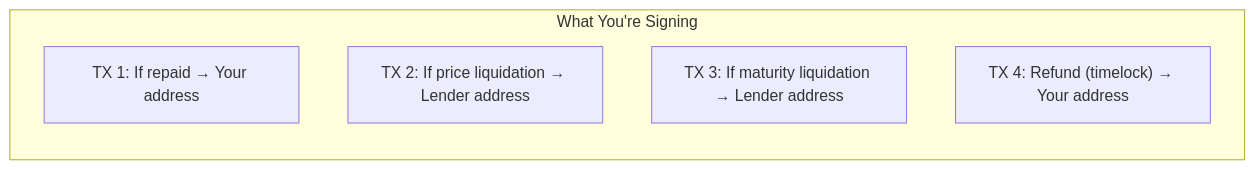
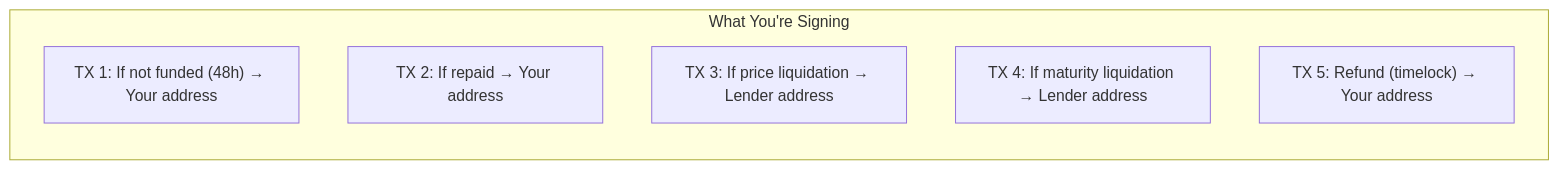
Before and after one commit to matthewjablack/mblack.io: the fourth of 7 diagrams in _posts/2025-02-10-lygos-finance-dlc-lending-simplified-enumerated-outcomes.md, drawn with Mermaid. The commit also changed other lines of this file, not shown here.

````diff
--- a/_posts/2025-02-10-lygos-finance-dlc-lending-simplified-enumerated-outcomes.md
+++ b/_posts/2025-02-10-lygos-finance-dlc-lending-simplified-enumerated-outcomes.md
@@ -116,9 +123,10 @@
 ```mermaid
 flowchart LR
     subgraph Verification["What You're Signing"]
-        TX1["TX 1: If repaid → Your address"]
-        TX2["TX 2: If price liquidation → Lender address"]
-        TX3["TX 3: If maturity liquidation → Lender address"]
-        TX4["TX 4: Refund (timelock) → Your address"]
+        TX1["TX 1: If not funded (48h) → Your address"]
+        TX2["TX 2: If repaid → Your address"]
+        TX3["TX 3: If price liquidation → Lender address"]
+        TX4["TX 4: If maturity liquidation → Lender address"]
+        TX5["TX 5: Refund (timelock) → Your address"]
     end
 ```
````
